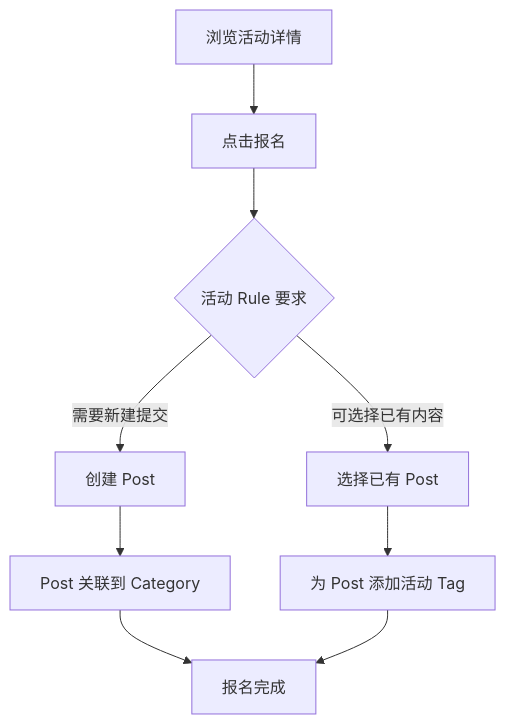
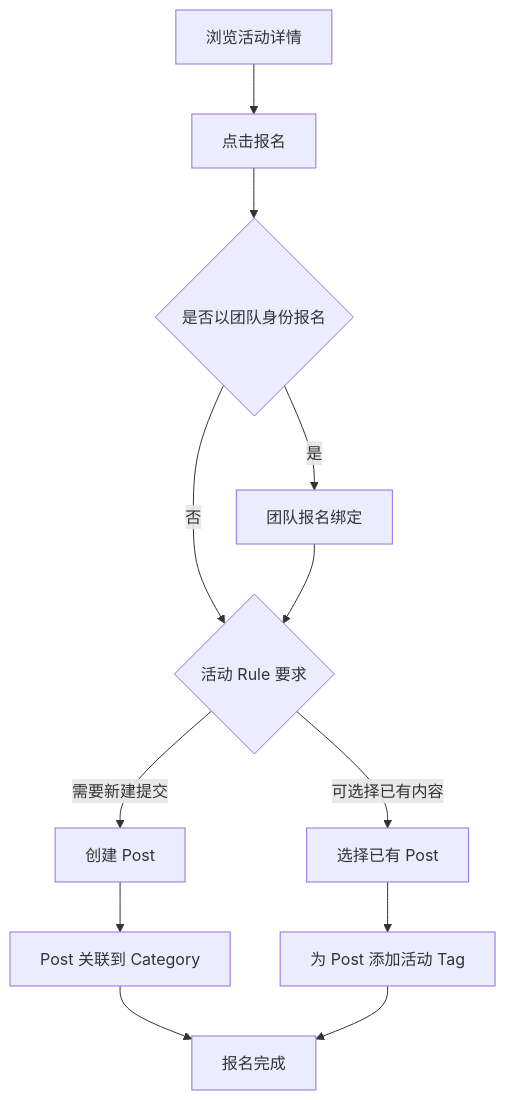
Before and after one commit to H2OSLabs/SynnovatorZero: the third of 7 diagrams in docs/user-journey.md, drawn with Mermaid. The commit also changed other lines of this file, not shown here.

First line of the commit message:
fix user-journey.md to align with command.md schema

````diff
--- a/docs/user-journey.md
+++ b/docs/user-journey.md
@@ -190,11 +199,14 @@
 ```mermaid
 flowchart TD
     A[浏览活动详情] --> B[点击报名]
-    B --> C{活动 Rule 要求}
+    B --> B1{是否以团队身份报名}
+    B1 -->|是| B2[团队报名绑定]
+    B1 -->|否| C
+    B2 --> C{活动 Rule 要求}
     C -->|需要新建提交| D[创建 Post]
     C -->|可选择已有内容| E[选择已有 Post]
     D --> F[Post 关联到 Category]
     E --> G[为 Post 添加活动 Tag]
     F --> H[报名完成]
     G --> H
 ```
````
